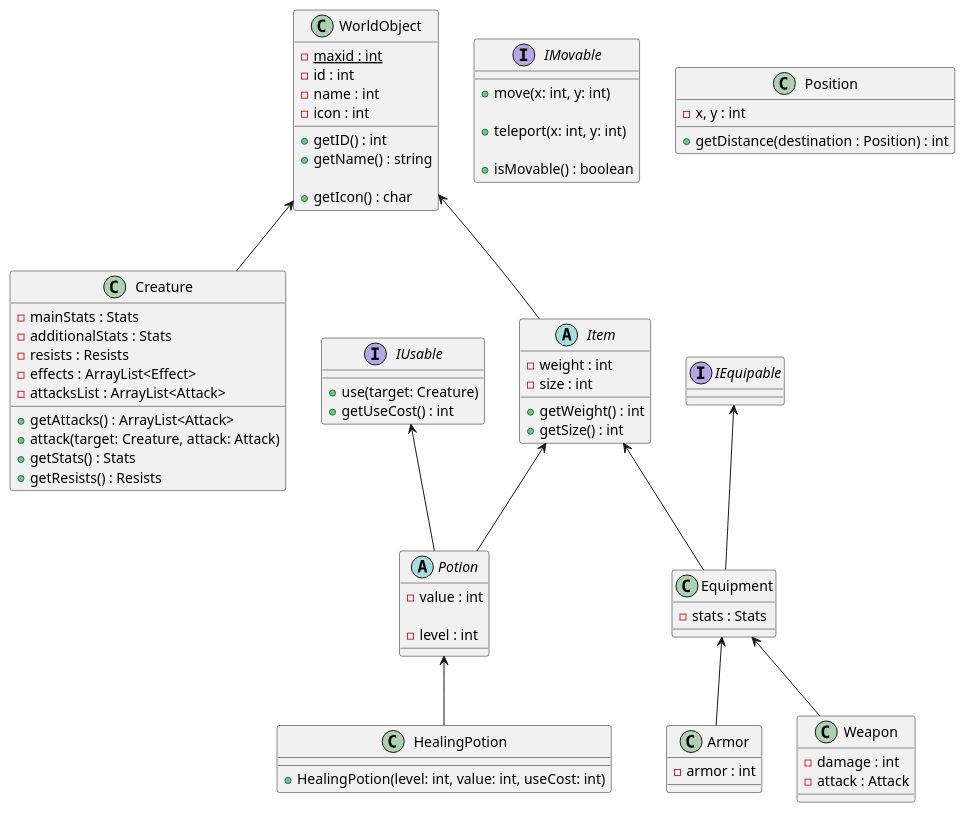
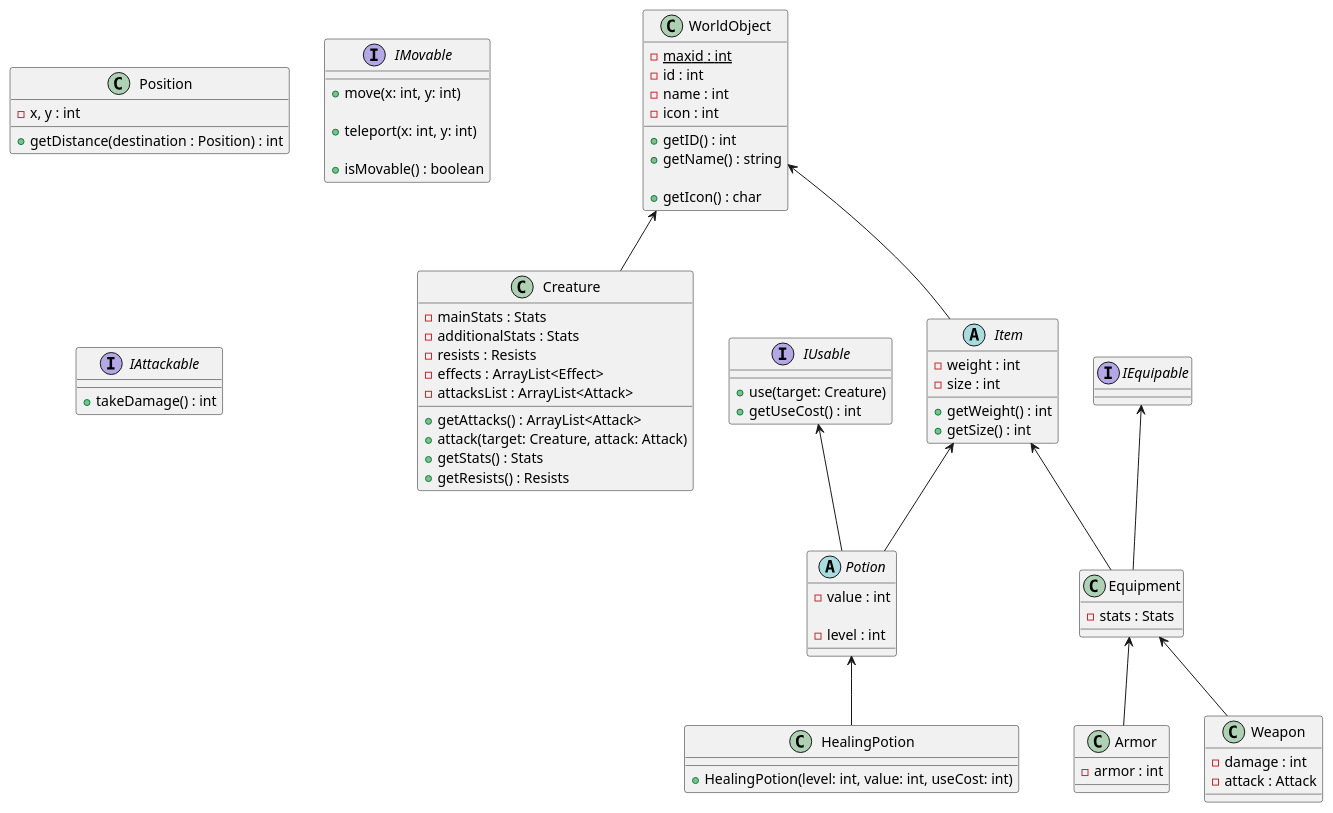
The diagram in JavaRPG.puml (zaqwer101/JavaRPG), drawn with PlantUML before and after one commit.

Commit message:
UML добавил IAttackable

```diff
--- a/JavaRPG.puml
+++ b/JavaRPG.puml
@@ -1,107 +1,112 @@
 @startuml
 
 WorldObject <-- Creature
 WorldObject <-- Item
 
 Item <-- Potion
 Item <-- Equipment
 
 IUsable <-- Potion
 
 Potion <-- HealingPotion
 
 IEquipable <-- Equipment
 Equipment <-- Armor
 Equipment <-- Weapon
 
 class WorldObject {
     - {static} maxid : int
     - id : int
     - name : int
     - icon : int
 
     + getID() : int
     + getName() : string
 
     'Отображаемая иконка объекта на карте'
     + getIcon() : char
 }
 
 class Creature {
     'Это удобнее, так как для доспехов и прочего можно прибавочные статы также хранить в классе Stats'
     'и при надевании/использовании предмета просто прибавлять одно к другому'
     - mainStats : Stats
     - additionalStats : Stats
     - resists : Resists
     'Текущие баффы/дебаффы на существе'
     - effects : ArrayList<Effect>
     - attacksList : ArrayList<Attack>
 
     'Возможные виды атак существа'
     + getAttacks() : ArrayList<Attack>
     + attack(target: Creature, attack: Attack)
     + getStats() : Stats
     + getResists() : Resists
 }
 
-abstract class Item {
-    - weight : int
-    - size : int
-
-    + getWeight() : int
-    + getSize() : int
-}
-
-interface IUsable {
-    'Использовать предметы можно не только на себя, но и на других, если позволяет радиус'
-    + use(target: Creature)
-    + getUseCost() : int
-}
-
-interface IMovable {
-    'Переместить на определённое количество клеток по x и y'
-    + move(x: int, y: int)
-
-    'Переместить в определённую клетку'
-    + teleport(x: int, y: int)
-
-    'Может ли объект передвигаться в данный момент'
-    + isMovable() : boolean
-}
-
-interface IEquipable {
-}
 
 abstract class Potion {
     'Базовая сила действия зелья'
     - value : int
 
     'Уровень зелья'
     - level : int
 }
 
 class HealingPotion {
     + HealingPotion(level: int, value: int, useCost: int)
 }
 
 class Equipment {
     'статы, которые даёт элемент снаряжения'
     - stats : Stats
 }
 
 class Armor {
     - armor : int
 }
 
 class Weapon {
     - damage : int
     - attack : Attack
 }
 
 class Position {
     - x, y : int
     + getDistance(destination : Position) : int
 }
 
+abstract class Item {
+    - weight : int
+    - size : int
+
+    + getWeight() : int
+    + getSize() : int
+}
+
+interface IUsable {
+    'Использовать предметы можно не только на себя, но и на других, если позволяет радиус'
+    + use(target: Creature)
+    + getUseCost() : int
+}
+
+interface IMovable {
+    'Переместить на определённое количество клеток по x и y'
+    + move(x: int, y: int)
+
+    'Переместить в определённую клетку'
+    + teleport(x: int, y: int)
+
+    'Может ли объект передвигаться в данный момент'
+    + isMovable() : boolean
+}
+
+interface IEquipable {
+}
+
+interface IAttackable {
+    + takeDamage() : int
+ }
+
 
 @enduml
```
